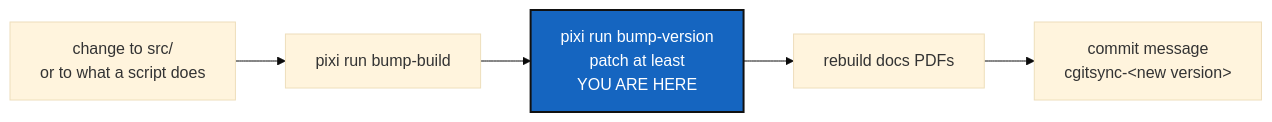
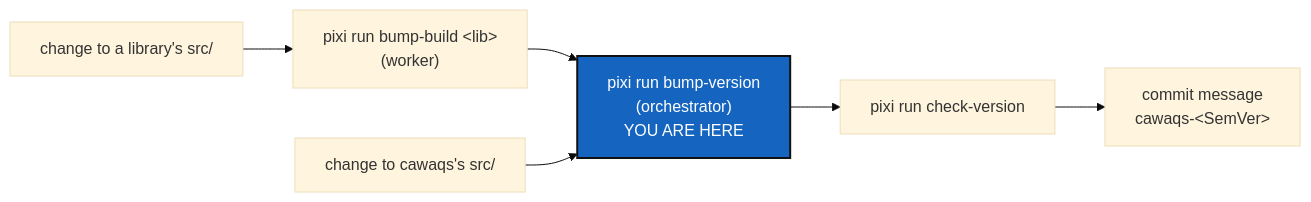
One commit to flipoyo/.dev changed the diagram in Versioning.md. Above: the diagram before and after it, drawn with Mermaid (base theme). The commit also changed other lines of this file and 7 other files, not shown here.

Commit message:
cawaqs-4.3.0 SemVer in C, libprint 1.25, versioning.py in .dev, scripts 1.0.0 with -p/-b and build_tree.sh Releases 4.2.0 and 4.3.0 delivered as one change (D15); src/Makefile V_CAW is unquoted; no main moved

````diff
--- a/Versioning.md
+++ b/Versioning.md
@@ -35,10 +32,11 @@
 ```mermaid
 graph LR
-    C["change to src/<br/>or to what a script does"] --> B["pixi run bump-build"]
-    B --> V["pixi run bump-version<br/>patch at least<br/>YOU ARE HERE"]
-    V --> P["rebuild docs PDFs"]
-    P --> M["commit message<br/>cgitsync-&lt;new version&gt;"]
+    C["change to a library's src/"] --> B["pixi run bump-build &lt;lib&gt;<br/>(worker)"]
+    B --> V["pixi run bump-version<br/>(orchestrator)<br/>YOU ARE HERE"]
+    C2["change to cawaqs's src/"] --> V
+    V --> K["pixi run check-version"]
+    K --> M["commit message<br/>cawaqs-&lt;SemVer&gt;"]
 
     classDef here fill:#1565C0,color:#fff,stroke:#111,stroke-width:2px;
     class V here;
 ```
````
